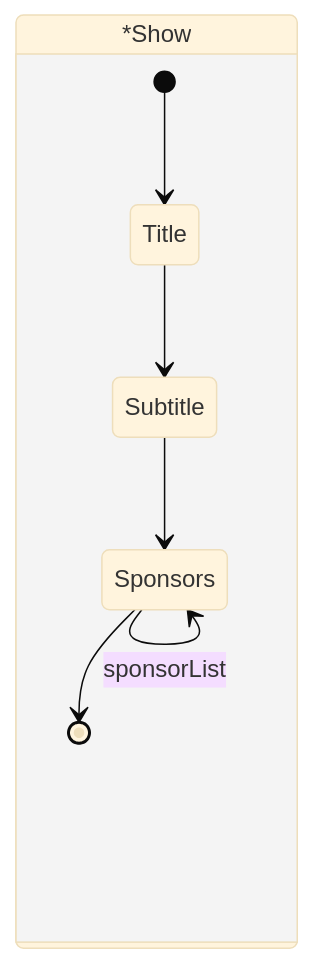
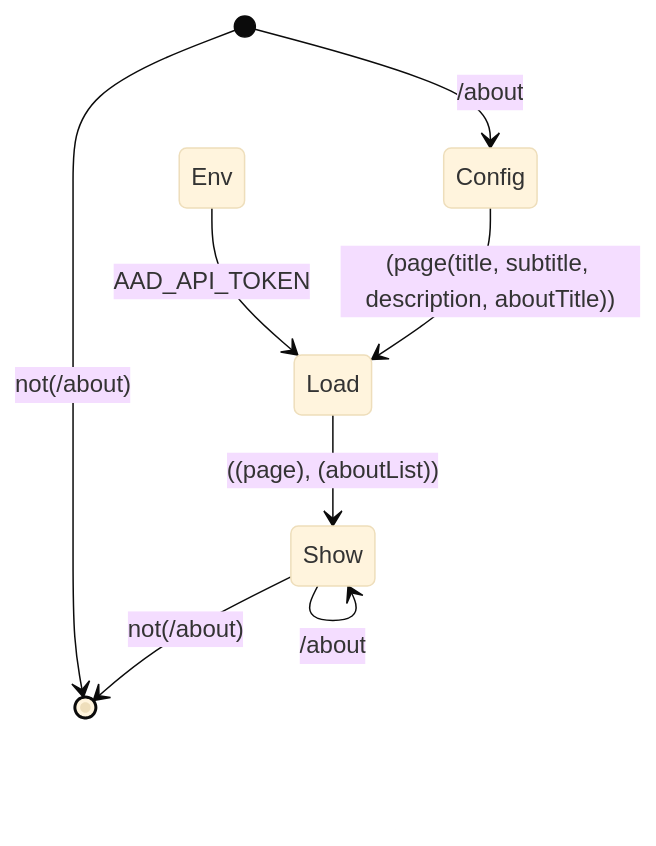
Before and after one commit to Wilfongjt/lb-A: the fifth of 37 diagrams in README.md, drawn with Mermaid. The commit also changed other lines of this file, not shown here.

````diff
--- a/README.md
+++ b/README.md
@@ -57,16 +78,15 @@
 ```mermaid
 
 %%{init: {'securityLevel': 'loose', 'theme':'base'}}%%
 stateDiagram
  
- state *Show
-     {
-    [*] --> Title
-    Title --> Subtitle
-    Subtitle --> Sponsors
-    Sponsors --> [*]
-  }
+[*] --> [*] : not(/about)
+[*] --> Config : /about
+Env --> Load : AAD_API_TOKEN
+Config --> Load : (page(title, subtitle, description, aboutTitle))
+Load --> Show : ((page), (aboutList))
+Show --> [*] : not(/about)
  
-Sponsors --> Sponsors : sponsorList
+Show --> Show : /about
  
 ```
````
